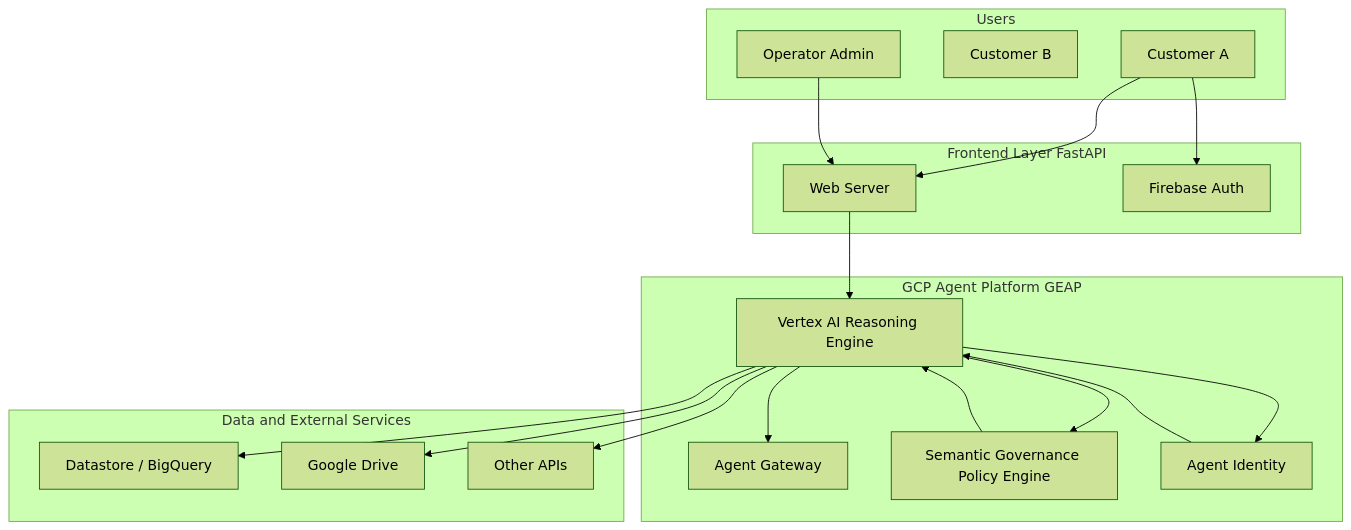
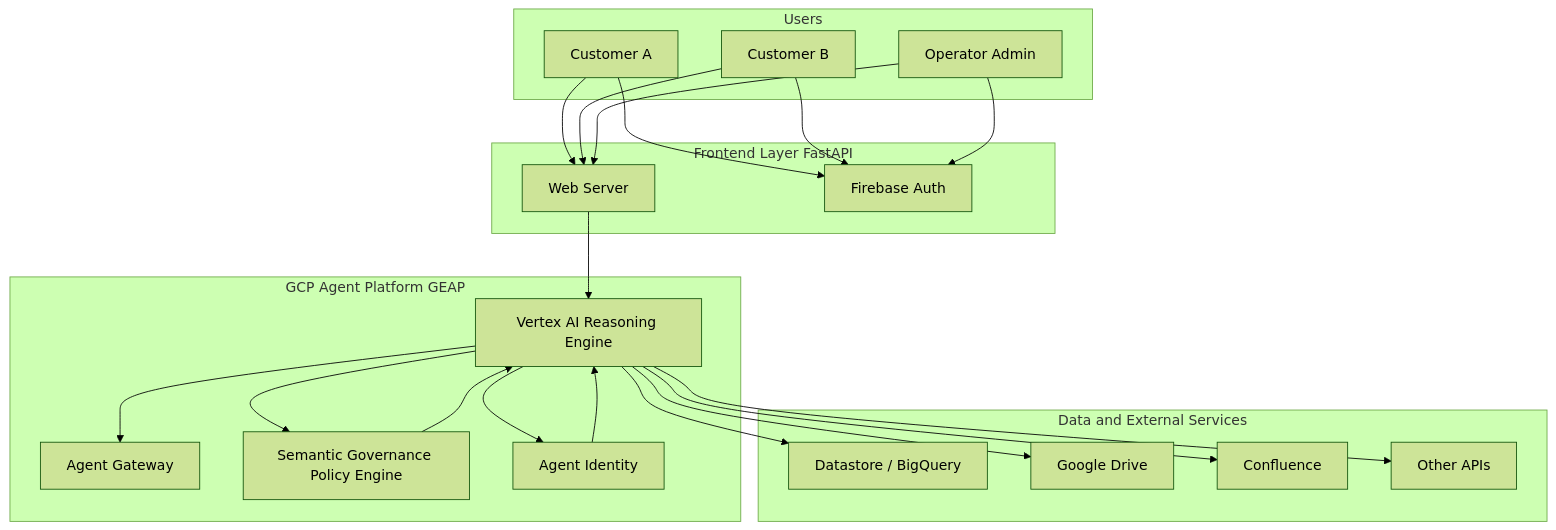
The diagram in README.md (tuts2024/geap-multi-tenant-governance), drawn with Mermaid (forest theme) before and after one commit.

Commit message:
Update architecture diagram to include Confluence and symmetric auth

````diff
--- a/README.md
+++ b/README.md
@@ -20,45 +20,51 @@
 ```mermaid
 graph TD
     subgraph Users
         CustA[Customer A]
         CustB[Customer B]
         Op[Operator Admin]
     end
 
     subgraph Frontend_Layer[Frontend Layer FastAPI]
         FE[Web Server]
         FB[Firebase Auth]
     end
 
     subgraph GCP_Platform[GCP Agent Platform GEAP]
         RE[Vertex AI Reasoning Engine]
         AG[Agent Gateway]
         SGP[Semantic Governance Policy Engine]
         AI[Agent Identity]
     end
 
     subgraph Data_Services[Data and External Services]
         DB[Datastore / BigQuery]
         Drive[Google Drive]
+        Conf[Confluence]
         Ext[Other APIs]
     end
 
     %% Flow
     CustA --> FB
+    CustB --> FB
+    Op --> FB
+
     CustA --> FE
+    CustB --> FE
     Op --> FE
     
     FE --> RE
     
     RE --> DB
     RE --> SGP
     SGP --> RE
     
     RE --> AG
     
     RE --> AI
     AI --> RE
     
     RE --> Drive
+    RE --> Conf
     RE --> Ext
 ```
````
